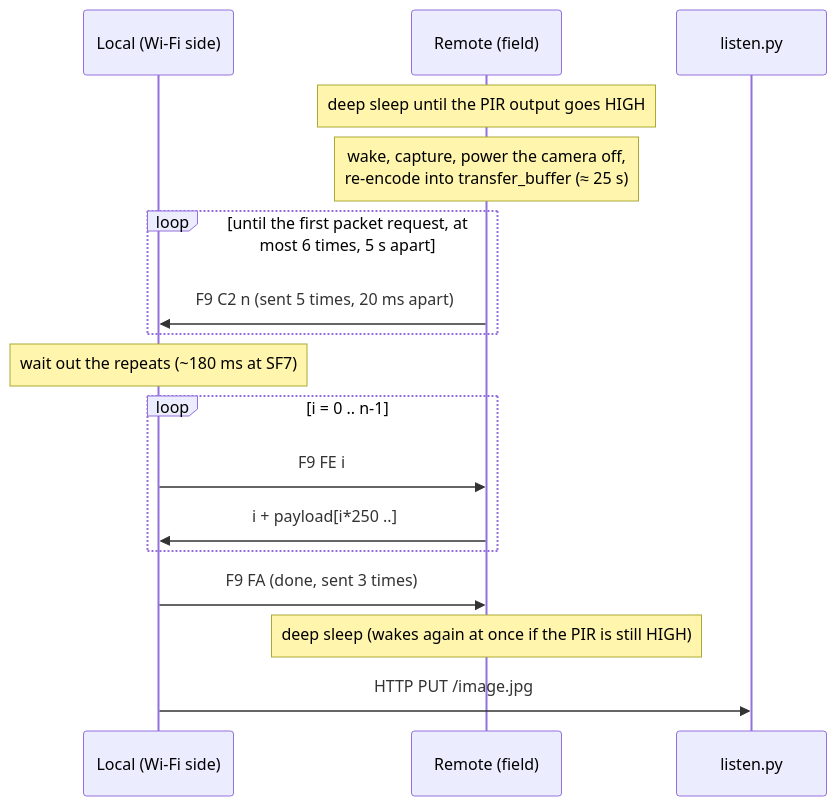
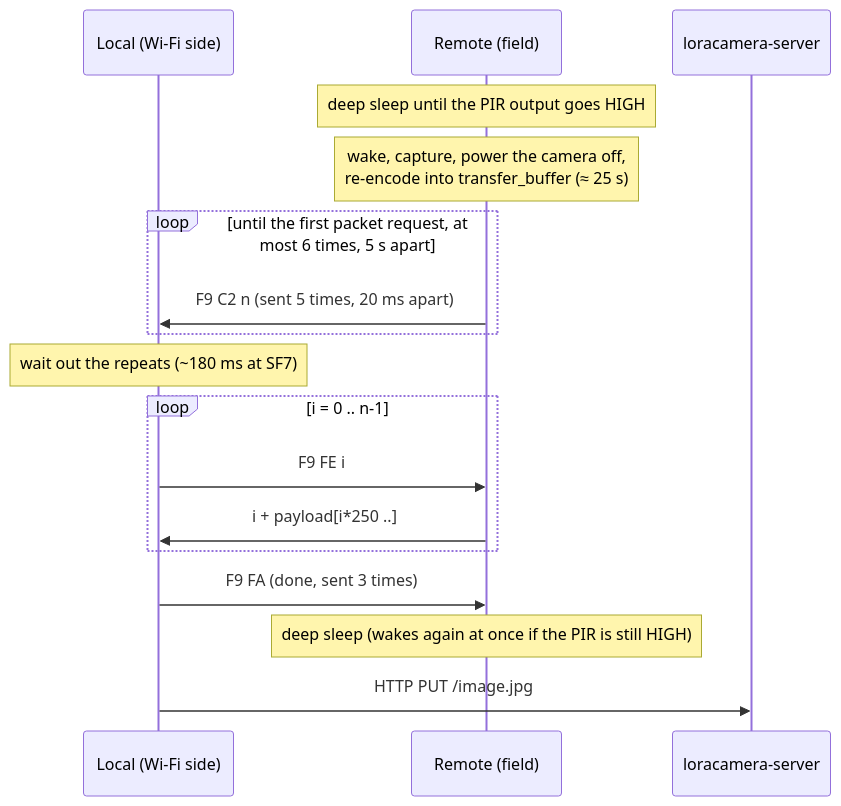
The second of 2 diagrams in docs/protocol.md (gfnord/loracamera), drawn with Mermaid before and after one commit. The commit also changed other lines of this file and 20 other files, not shown here.

````diff
--- a/docs/protocol.md
+++ b/docs/protocol.md
@@ -44,19 +44,19 @@
 ```mermaid
 sequenceDiagram
     participant L as Local (Wi-Fi side)
     participant R as Remote (field)
-    participant S as listen.py
+    participant S as loracamera-server
     Note over R: deep sleep until the PIR output goes HIGH
     Note over R: wake, capture, power the camera off,<br/>re-encode into transfer_buffer (≈ 25 s)
     loop until the first packet request, at most 6 times, 5 s apart
         R->>L: F9 C2 n (sent 5 times, 20 ms apart)
     end
     Note over L: wait out the repeats (~180 ms at SF7)
     loop i = 0 .. n-1
         L->>R: F9 FE i
         R->>L: i + payload[i*250 ..]
     end
     L->>R: F9 FA (done, sent 3 times)
     Note over R: deep sleep (wakes again at once if the PIR is still HIGH)
     L->>S: HTTP PUT /image.jpg
 ```
````
